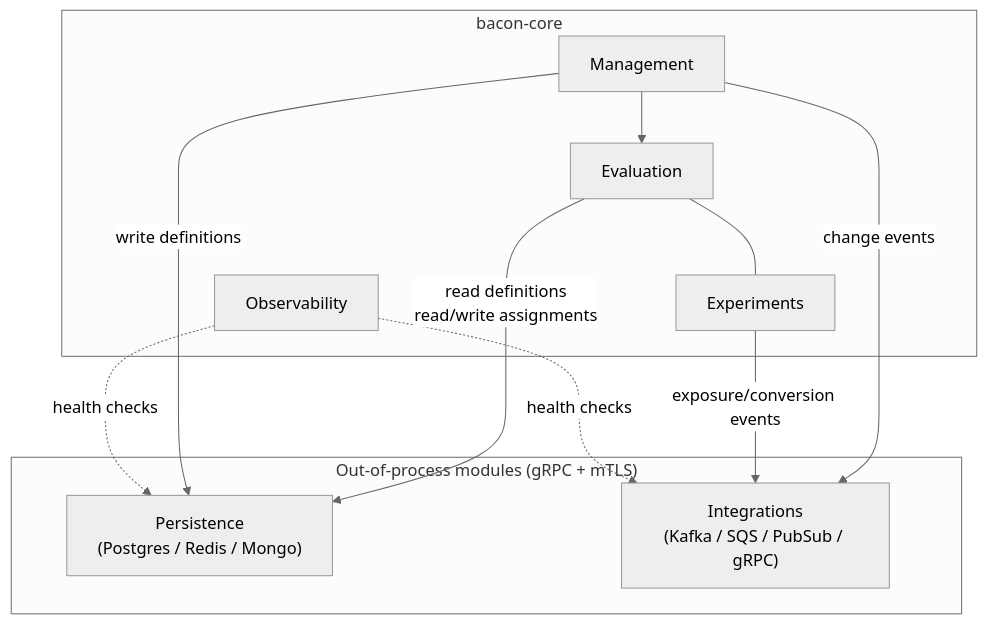
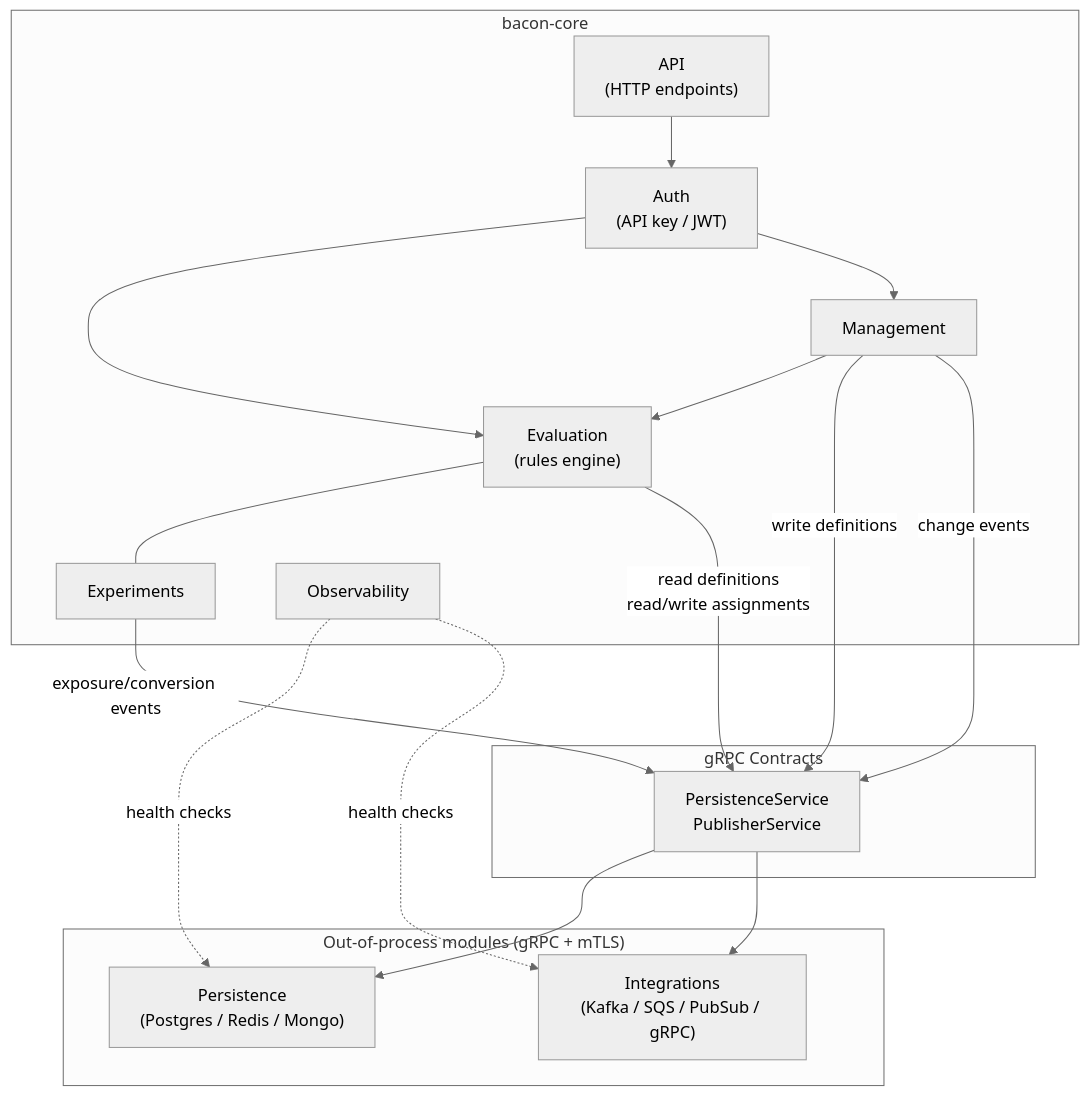
The diagram in openspec/specs/overview/spec.md (orlandoburli/feature-bacon), drawn with Mermaid (neutral theme) before and after one commit. The commit also changed other lines of this file and 7 other files, not shown here.

First line of the commit message:
Add API, auth, gRPC contract specs, implementation plan, and engine details

````diff
--- a/openspec/specs/overview/spec.md
+++ b/openspec/specs/overview/spec.md
@@ -53,23 +58,34 @@
 ```mermaid
 graph TB
     subgraph core["bacon-core"]
-        evaluation["Evaluation"]
+        api["API<br/>(HTTP endpoints)"]
+        auth["Auth<br/>(API key / JWT)"]
+        evaluation["Evaluation<br/>(rules engine)"]
         management["Management"]
         experiments["Experiments"]
         observability["Observability"]
+        api --> auth
+        auth --> evaluation
+        auth --> management
+        management --> evaluation
         evaluation --- experiments
-        management --> evaluation
     end
 
     subgraph modules["Out-of-process modules (gRPC + mTLS)"]
         persistence["Persistence<br/>(Postgres / Redis / Mongo)"]
         integrations["Integrations<br/>(Kafka / SQS / PubSub / gRPC)"]
     end
 
-    evaluation -- "read definitions<br/>read/write assignments" --> persistence
-    management -- "write definitions" --> persistence
-    management -- "change events" --> integrations
-    experiments -- "exposure/conversion events" --> integrations
+    subgraph contracts["gRPC Contracts"]
+        proto["PersistenceService<br/>PublisherService"]
+    end
+
+    evaluation -- "read definitions<br/>read/write assignments" --> proto
+    management -- "write definitions" --> proto
+    management -- "change events" --> proto
+    experiments -- "exposure/conversion events" --> proto
+    proto --> persistence
+    proto --> integrations
     observability -. "health checks" .-> persistence
     observability -. "health checks" .-> integrations
 ```
````
